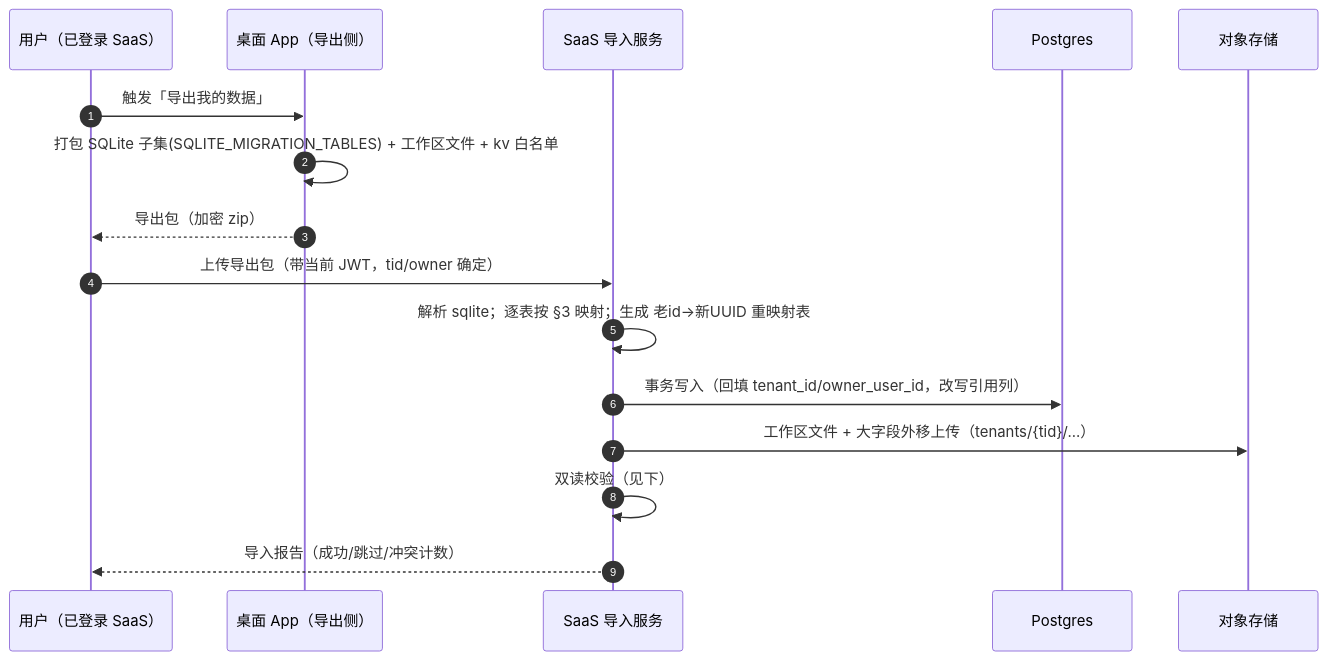
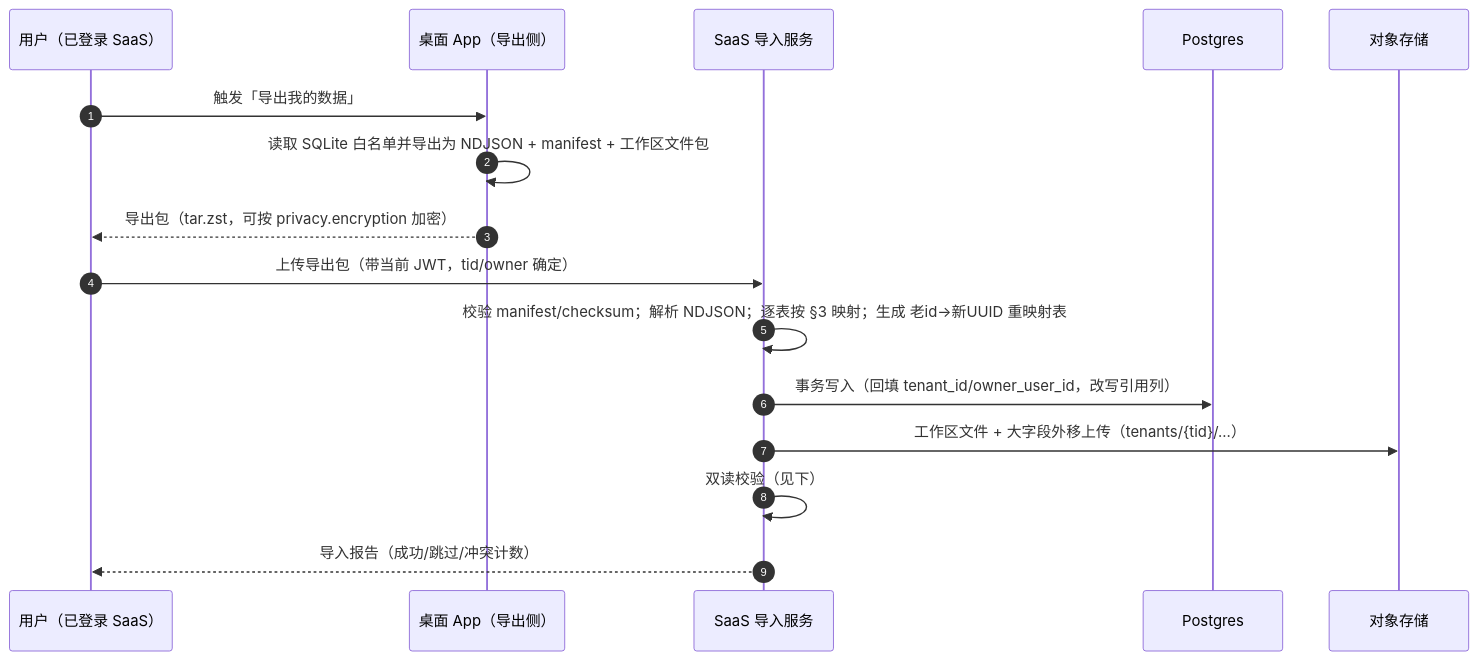
One commit to edward-ng-duke/LobsterAI changed the third of 3 diagrams in 改造计划/06-数据模型迁移.md. Above: the diagram before and after it, drawn with Mermaid. The commit also changed other lines of this file and 27 other files, not shown here.

````diff
--- a/改造计划/06-数据模型迁移.md
+++ b/改造计划/06-数据模型迁移.md
@@ -680,18 +743,18 @@
 ```mermaid
 sequenceDiagram
   autonumber
   participant U as 用户（已登录 SaaS）
   participant App as 桌面 App（导出侧）
   participant IMP as SaaS 导入服务
   participant PG as Postgres
   participant S3 as 对象存储
   U->>App: 触发「导出我的数据」
-  App->>App: 打包 SQLite 子集(SQLITE_MIGRATION_TABLES) + 工作区文件 + kv 白名单
-  App-->>U: 导出包（加密 zip）
+  App->>App: 读取 SQLite 白名单并导出为 NDJSON + manifest + 工作区文件包
+  App-->>U: 导出包（tar.zst，可按 privacy.encryption 加密）
   U->>IMP: 上传导出包（带当前 JWT，tid/owner 确定）
-  IMP->>IMP: 解析 sqlite；逐表按 §3 映射；生成 老id→新UUID 重映射表
+  IMP->>IMP: 校验 manifest/checksum；解析 NDJSON；逐表按 §3 映射；生成 老id→新UUID 重映射表
   IMP->>PG: 事务写入（回填 tenant_id/owner_user_id，改写引用列）
   IMP->>S3: 工作区文件 + 大字段外移上传（tenants/{tid}/...）
   IMP->>IMP: 双读校验（见下）
   IMP-->>U: 导入报告（成功/跳过/冲突计数）
 ```
````
